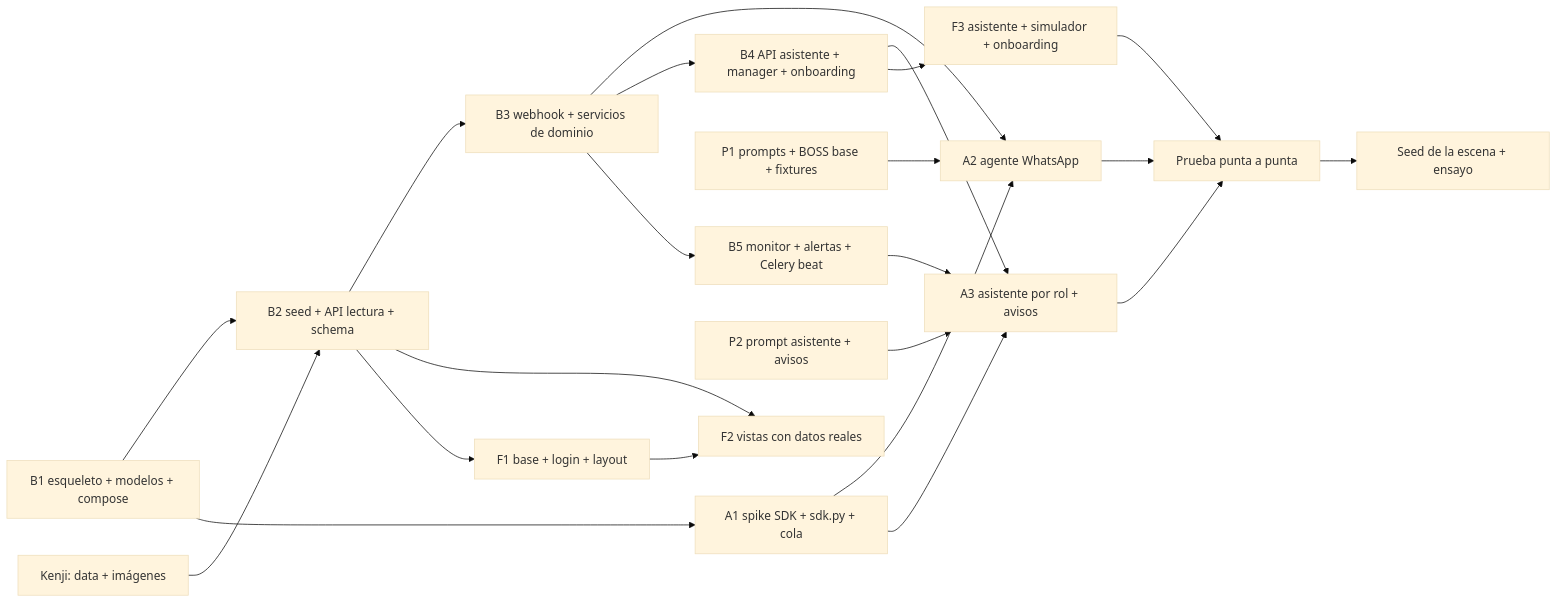
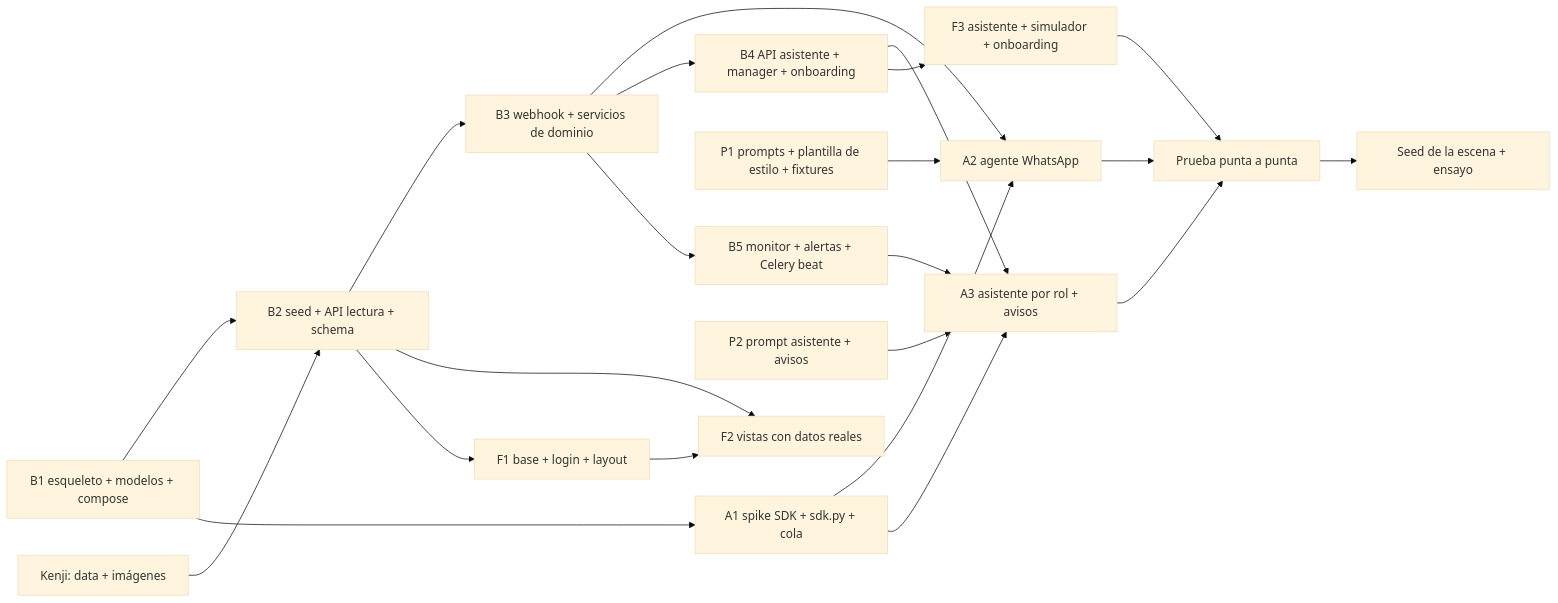
One commit to oscargicast/corpotex changed the diagram in docs/planning.md. Above: the diagram before and after it, drawn with Mermaid (base theme). The commit also changed other lines of this file and 1 other file, not shown here.

````diff
--- a/docs/planning.md
+++ b/docs/planning.md
@@ -21,24 +21,24 @@
 ```mermaid
 flowchart LR
     B1[B1 esqueleto + modelos + compose] --> B2[B2 seed + API lectura + schema]
     B1 --> A1[A1 spike SDK + sdk.py + cola]
     B2 --> B3[B3 webhook + servicios de dominio]
     B2 --> F2[F2 vistas con datos reales]
     B3 --> A2[A2 agente WhatsApp]
     A1 --> A2
-    P1[P1 prompts + BOSS base + fixtures] --> A2
+    P1[P1 prompts + plantilla de estilo + fixtures] --> A2
     B3 --> B4[B4 API asistente + manager + onboarding]
     B4 --> A3[A3 asistente por rol + avisos]
     A1 --> A3
     P2[P2 prompt asistente + avisos] --> A3
     B2 --> F1[F1 base + login + layout]
     F1 --> F2
     B4 --> F3[F3 asistente + simulador + onboarding]
     K[Kenji: data + imágenes] --> B2
     B3 --> B5[B5 monitor + alertas + Celery beat]
     B5 --> A3
     A2 --> D1[Prueba punta a punta]
     A3 --> D1
     F3 --> D1
     D1 --> D2[Seed de la escena + ensayo]
 ```
````
